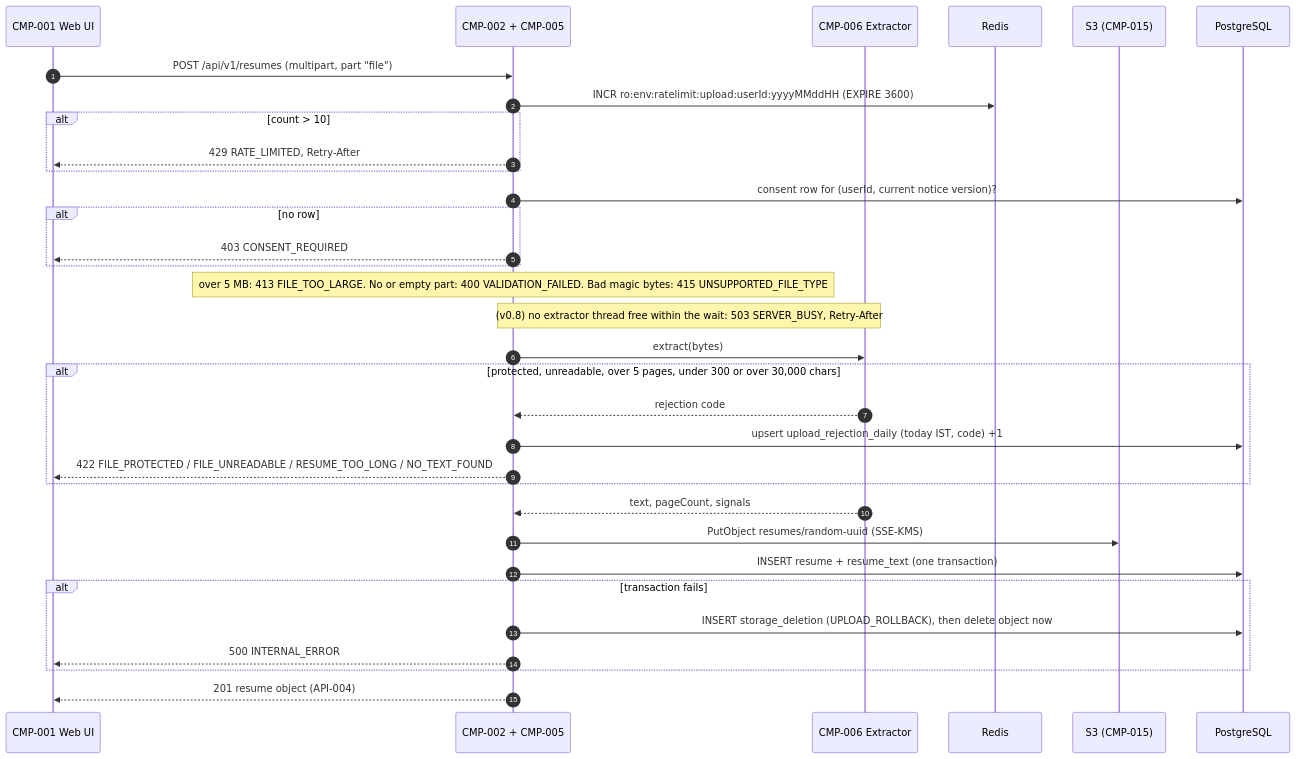
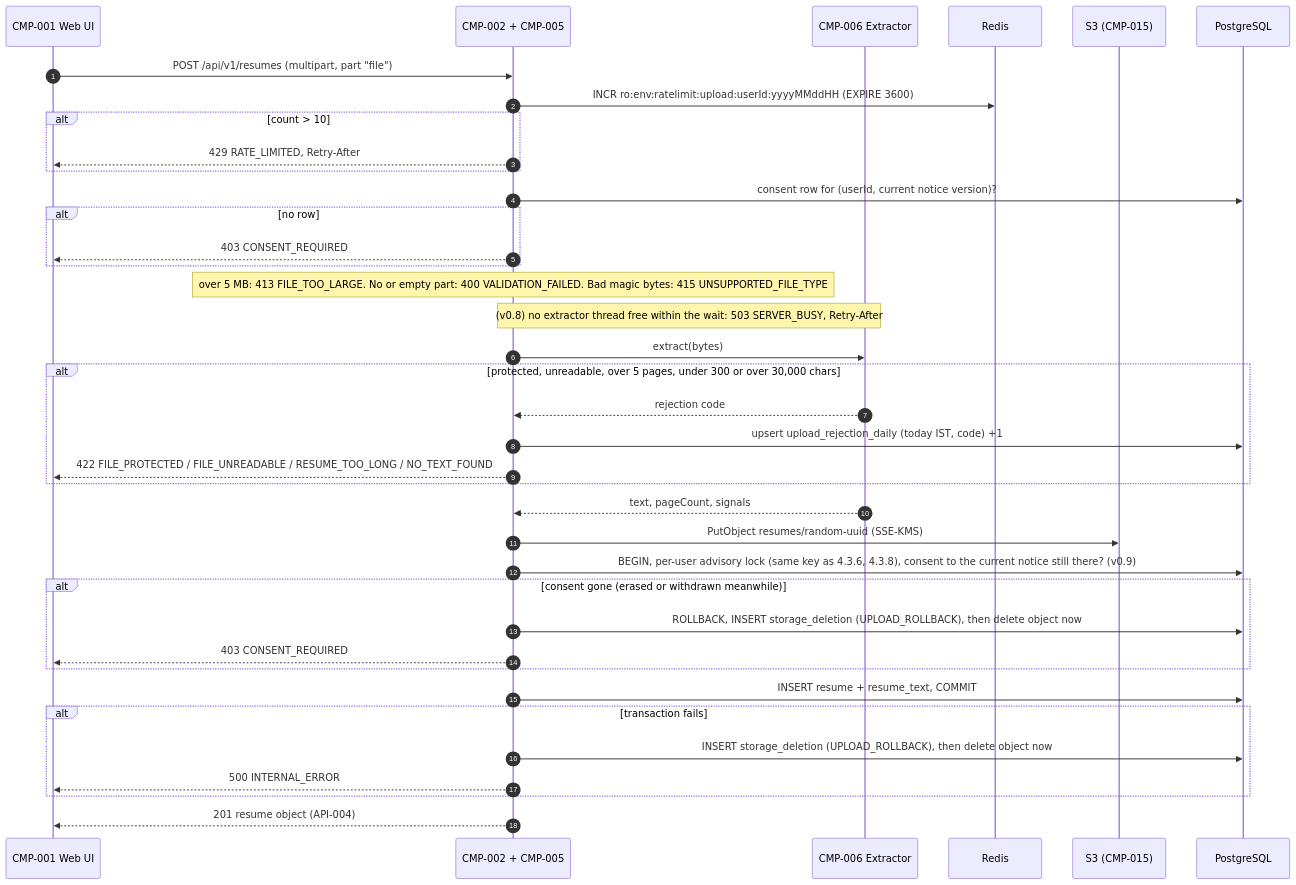
One commit to divii-school/spec-homework changed the third of 12 diagrams in sachin/spec.md. Above: the diagram before and after it, drawn with Mermaid. The commit also changed other lines of this file, not shown here.

Commit message:
improvement: build test 2 fixes, v0.9 (9 items: cancel-row done rule, Razorpay not-found, erasure lock on upload and start, one fetched-status table, erasure completed_at, ShedLock durations, PagerDuty forwarder, continue payment, upload check order)

````diff
--- a/sachin/spec.md
+++ b/sachin/spec.md
@@ -621,35 +621,40 @@
 ```mermaid
 sequenceDiagram
   autonumber
   participant UI as CMP-001 Web UI
   participant API as CMP-002 + CMP-005
   participant EX as CMP-006 Extractor
   participant R as Redis
   participant S3 as S3 (CMP-015)
   participant DB as PostgreSQL
   UI->>API: POST /api/v1/resumes (multipart, part "file")
   API->>R: INCR ro:env:ratelimit:upload:userId:yyyyMMddHH (EXPIRE 3600)
   alt count > 10
     API-->>UI: 429 RATE_LIMITED, Retry-After
   end
   API->>DB: consent row for (userId, current notice version)?
   alt no row
     API-->>UI: 403 CONSENT_REQUIRED
   end
   Note over API: over 5 MB: 413 FILE_TOO_LARGE. No or empty part: 400 VALIDATION_FAILED. Bad magic bytes: 415 UNSUPPORTED_FILE_TYPE
   Note over API,EX: (v0.8) no extractor thread free within the wait: 503 SERVER_BUSY, Retry-After
   API->>EX: extract(bytes)
   alt protected, unreadable, over 5 pages, under 300 or over 30,000 chars
     EX-->>API: rejection code
     API->>DB: upsert upload_rejection_daily (today IST, code) +1
     API-->>UI: 422 FILE_PROTECTED / FILE_UNREADABLE / RESUME_TOO_LONG / NO_TEXT_FOUND
   end
   EX-->>API: text, pageCount, signals
   API->>S3: PutObject resumes/random-uuid (SSE-KMS)
-  API->>DB: INSERT resume + resume_text (one transaction)
+  API->>DB: BEGIN, per-user advisory lock (same key as 4.3.6, 4.3.8), consent to the current notice still there? (v0.9)
+  alt consent gone (erased or withdrawn meanwhile)
+    API->>DB: ROLLBACK, INSERT storage_deletion (UPLOAD_ROLLBACK), then delete object now
+    API-->>UI: 403 CONSENT_REQUIRED
+  end
+  API->>DB: INSERT resume + resume_text, COMMIT
   alt transaction fails
     API->>DB: INSERT storage_deletion (UPLOAD_ROLLBACK), then delete object now
     API-->>UI: 500 INTERNAL_ERROR
   end
   API-->>UI: 201 resume object (API-004)
 ```
````
